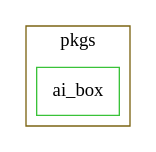
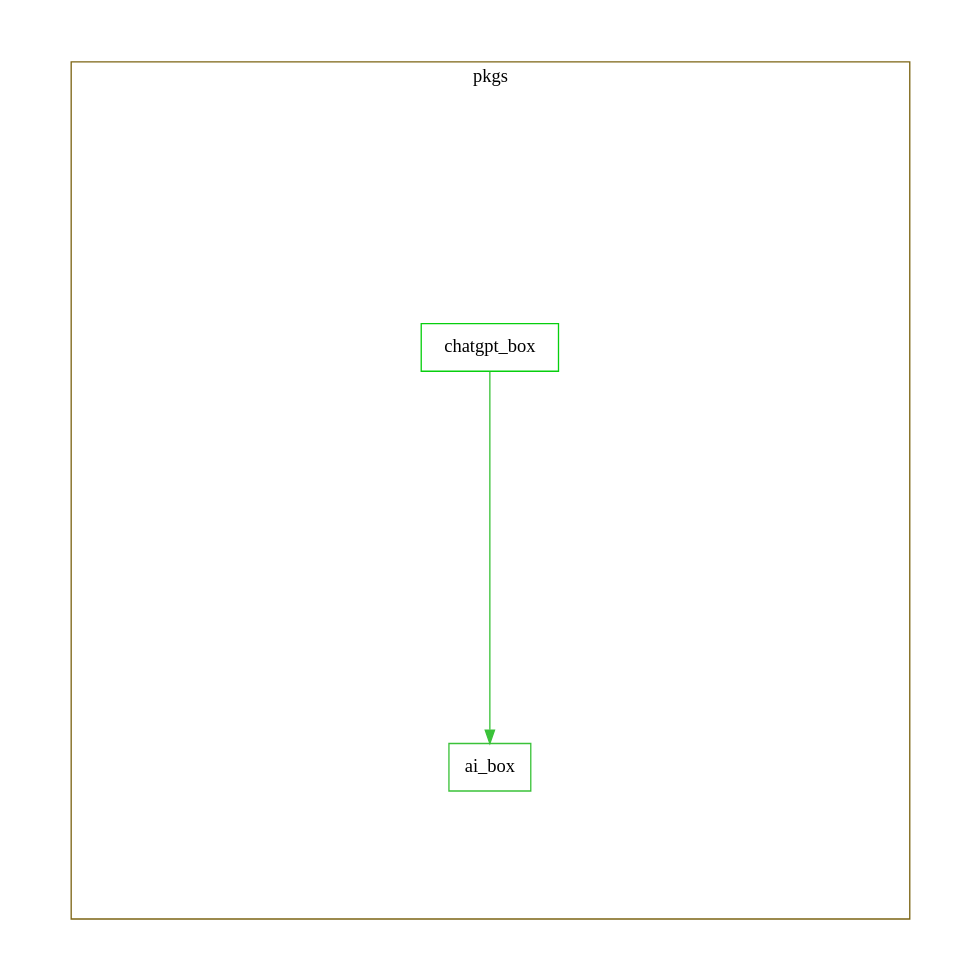
One commit to normidar/ai_box changed the diagram in gviz.dot. Above: the diagram before and after it, drawn with Graphviz. The commit also changed 6 other files, not shown here.

Commit message:
Enhance gviz.dot to include chatgpt_box visualization; update Makefile to include melos_generate in CI process; correct README.md imports for test utilities; refine chatgpt_box pubspec.yaml description; update chatgpt_box exports and fix import paths in chatgpt.dart.

```diff
--- a/gviz.dot
+++ b/gviz.dot
@@ -1,9 +1,12 @@
 digraph packages {
   size="10"; ratio=fill;
   ai_box [shape="box"; color="#3ac239"];
+  chatgpt_box [shape="box"; color="#07cf0e"];
+  chatgpt_box -> ai_box [style="filled"; color="#3ac239"];
   subgraph "cluster pkgs" {
     label="pkgs";
     color="#7c6413";
     ai_box;
+    chatgpt_box;
   }
 }
```
